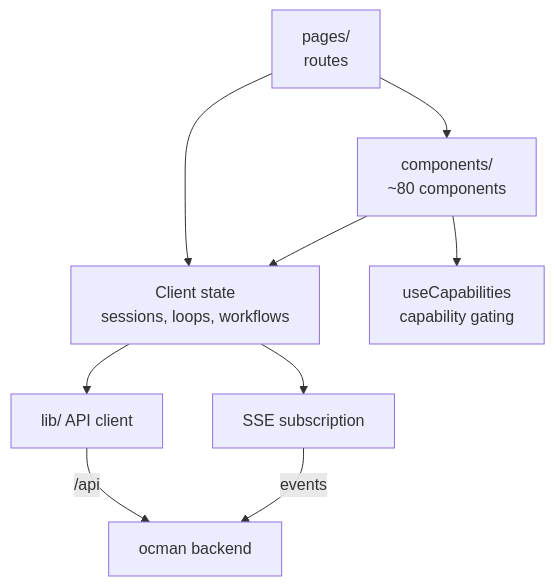
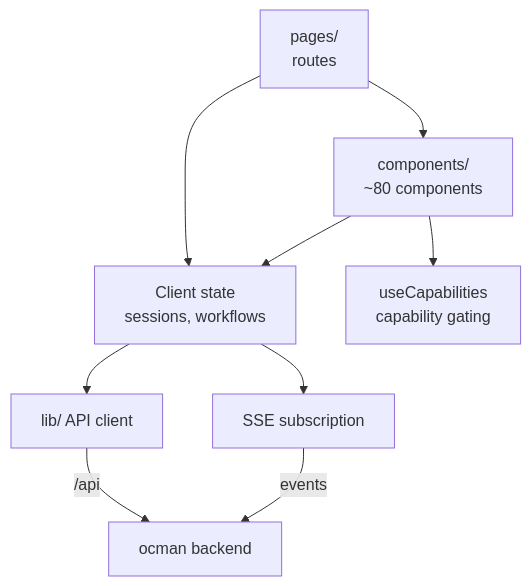
One commit to ocman/ocman changed the fourth of 4 diagrams in docs/architecture.md. Above: the diagram before and after it, drawn with Mermaid. The commit also changed other lines of this file and 80 other files, not shown here.

````diff
--- a/docs/architecture.md
+++ b/docs/architecture.md
@@ -172,11 +159,11 @@
 ```mermaid
 flowchart TD
     Pages[pages/<br/>routes] --> Comp[components/<br/>~80 components]
-    Pages --> Stores[Client state<br/>sessions, loops, workflows]
+     Pages --> Stores[Client state<br/>sessions, workflows]
     Comp --> Stores
     Stores --> API[lib/ API client]
     Stores --> SSE[SSE subscription]
     API -->|/api| Hub[ocman backend]
     SSE -->|events| Hub
     Comp --> Caps[useCapabilities<br/>capability gating]
 ```
````
